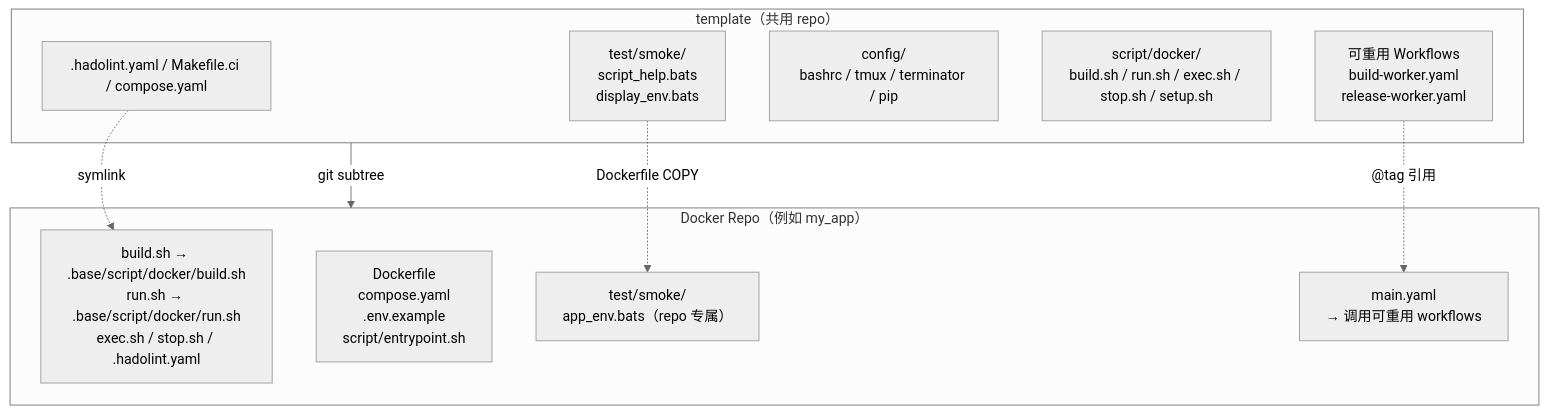
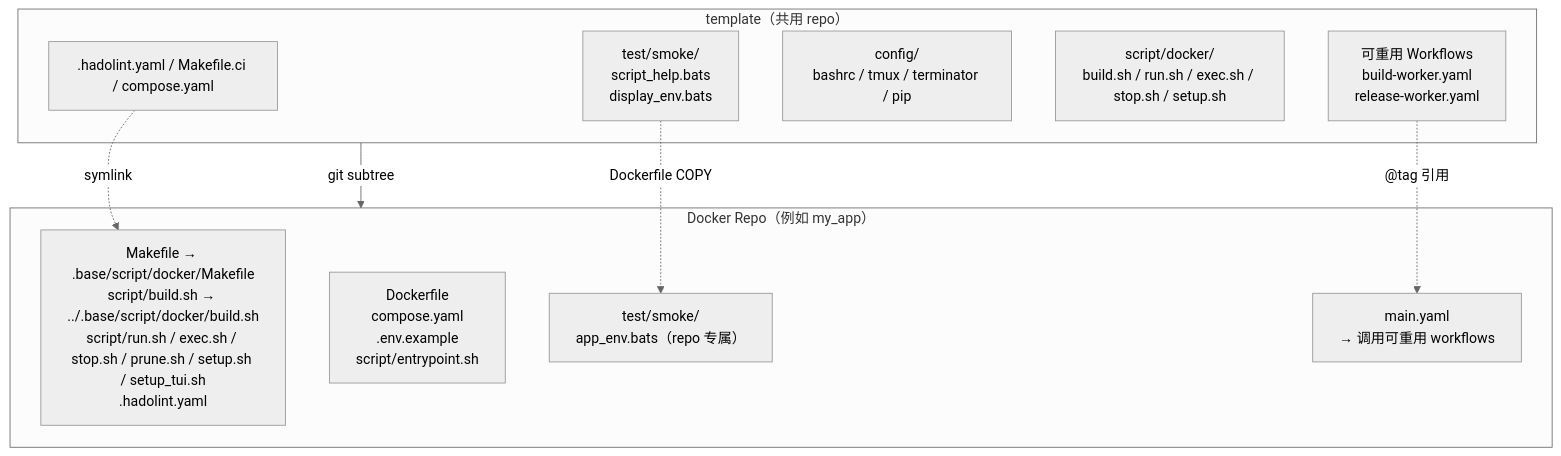
The first of 2 diagrams in doc/readme/README.zh-CN.md (ycpss91255-docker/base), drawn with Mermaid (neutral theme) before and after one commit. The commit also changed other lines of this file and 19 other files, not shown here.

````diff
--- a/doc/readme/README.zh-CN.md
+++ b/doc/readme/README.zh-CN.md
@@ -56,22 +56,22 @@
 ```mermaid
 graph TB
     subgraph template["template（共用 repo）"]
         scripts[".hadolint.yaml / Makefile.ci / compose.yaml"]
         smoke["test/smoke/<br/>script_help.bats<br/>display_env.bats"]
         config["config/<br/>bashrc / tmux / terminator / pip"]
         mgmt["script/docker/<br/>build.sh / run.sh / exec.sh / stop.sh / setup.sh"]
         workflows["可重用 Workflows<br/>build-worker.yaml<br/>release-worker.yaml"]
     end
 
     subgraph consumer["Docker Repo（例如 my_app）"]
-        symlinks["build.sh → .base/script/docker/build.sh<br/>run.sh → .base/script/docker/run.sh<br/>exec.sh / stop.sh / .hadolint.yaml"]
+        symlinks["Makefile → .base/script/docker/Makefile<br/>script/build.sh → ../.base/script/docker/build.sh<br/>script/run.sh / exec.sh / stop.sh / prune.sh / setup.sh / setup_tui.sh<br/>.hadolint.yaml"]
         dockerfile["Dockerfile<br/>compose.yaml<br/>.env.example<br/>script/entrypoint.sh"]
         repo_test["test/smoke/<br/>app_env.bats（repo 专属）"]
         main_yaml["main.yaml<br/>→ 调用可重用 workflows"]
     end
 
     template -- "git subtree" --> consumer
     scripts -. "symlink" .-> symlinks
     smoke -. "Dockerfile COPY" .-> repo_test
     workflows -. "@tag 引用" .-> main_yaml
 ```
````
